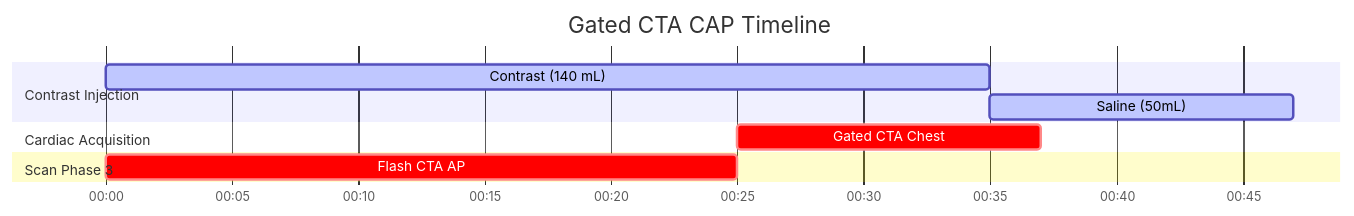
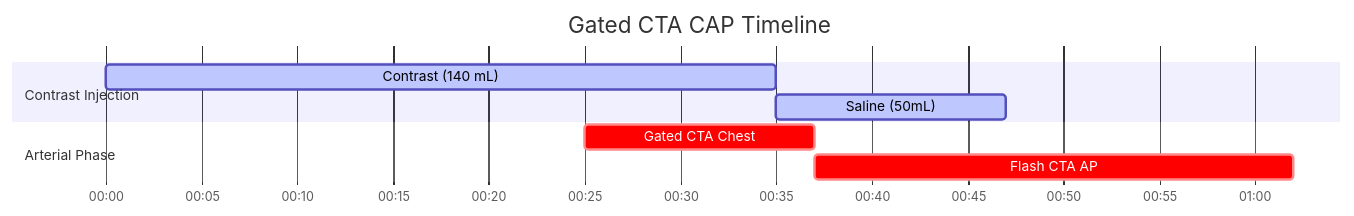
The diagram in docs/ct/cardiac/gated-cta-cap.md (dfergs93/radiology-protocols), drawn with Mermaid before and after one commit. The commit also changed 79 other files, not shown here.

````diff
--- a/docs/ct/cardiac/gated-cta-cap.md
+++ b/docs/ct/cardiac/gated-cta-cap.md
@@ -85,18 +85,18 @@
   ```mermaid
   ---
   config:
     theme: default
   ---
     gantt
       title Gated CTA CAP Timeline
       dateFormat mm:ss
       axisFormat %M:%S 
       
       section Contrast Injection
       Contrast (140 mL)    :active, contrast, 00:00, 35s
       Saline (50mL)          :active, saline, after contrast, 12s
-      section Cardiac Acquisition
-      Gated CTA Chest    :crit, scan2, 00:25, 12s
-      section Scan Phase 3
-      Flash CTA AP    :crit, scan3, after scan1, 25s
+      section Arterial Phase
+      Gated CTA Chest    :crit, scan1, 00:25, 12s
+      section Arterial Phase
+      Flash CTA AP    :crit, scan2, after scan1, 25s
   ```
````
